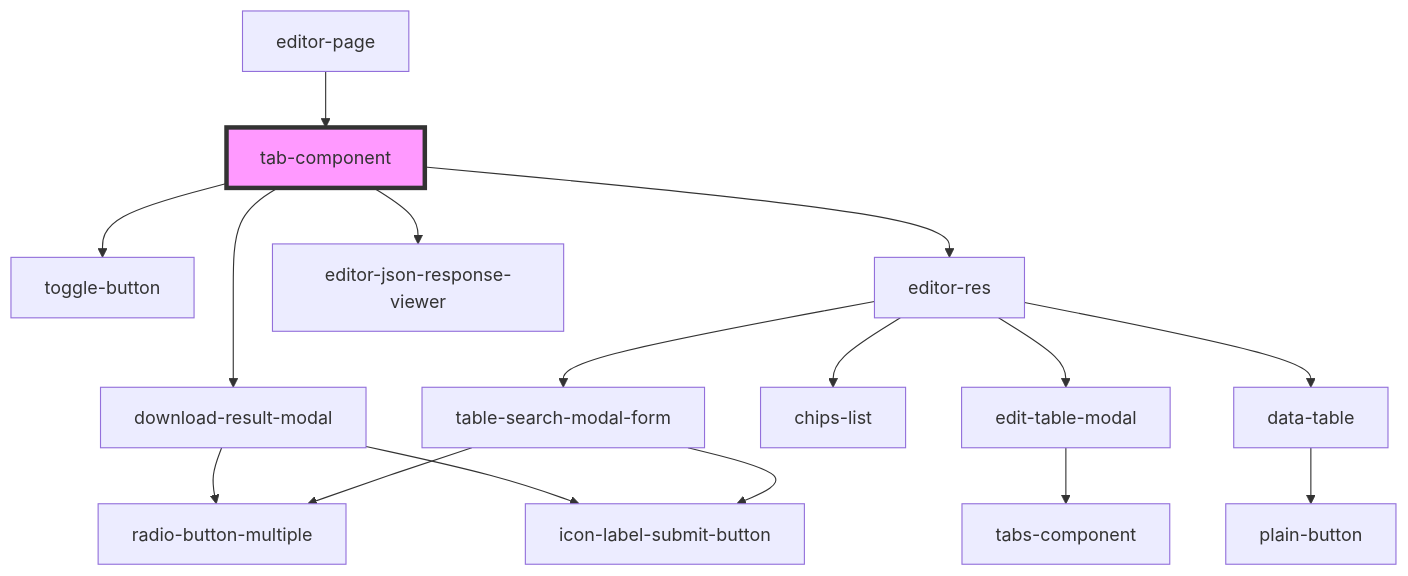
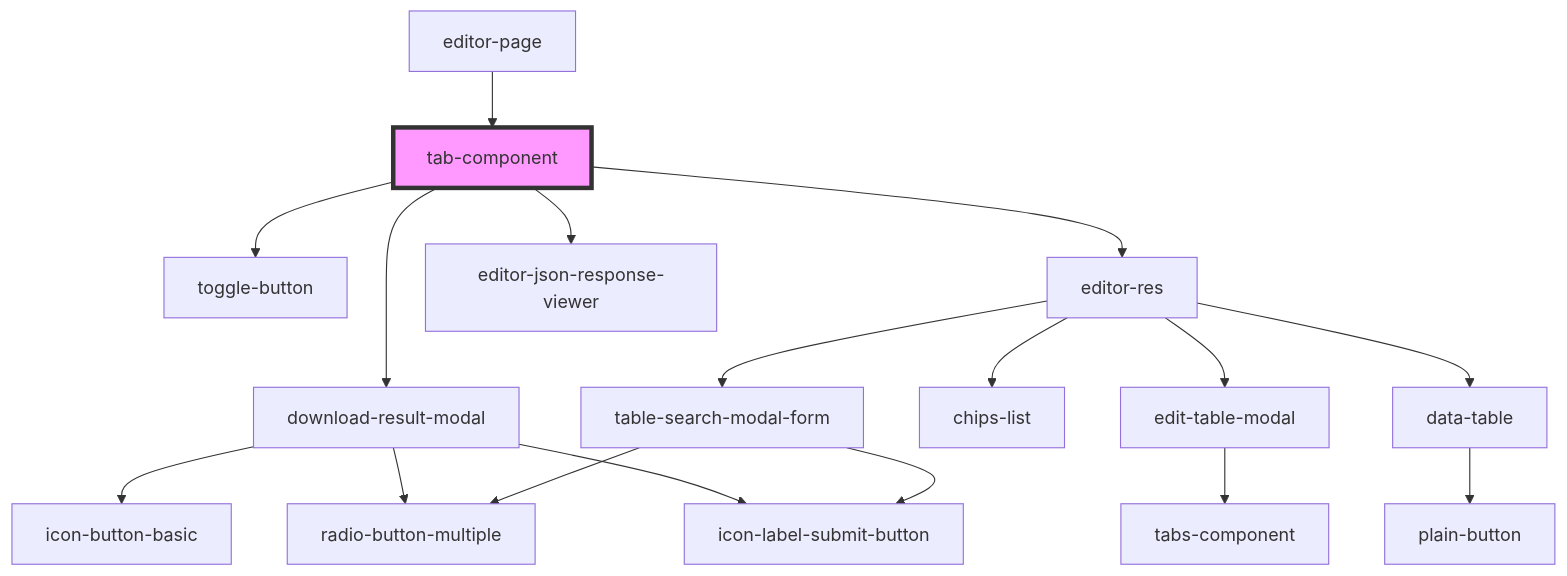
One commit to techvariable/NeptuneConnectComponents changed the diagram in src/components/editorPage/tab-component/readme.md. Above: the diagram before and after it, drawn with Mermaid. The commit also changed 22 other files, not shown here.

````diff
--- a/src/components/editorPage/tab-component/readme.md
+++ b/src/components/editorPage/tab-component/readme.md
@@ -22,19 +22,20 @@
 ```mermaid
 graph TD;
   tab-component --> toggle-button
   tab-component --> download-result-modal
   tab-component --> editor-res
   tab-component --> editor-json-response-viewer
+  download-result-modal --> icon-button-basic
   download-result-modal --> radio-button-multiple
   download-result-modal --> icon-label-submit-button
   editor-res --> edit-table-modal
   editor-res --> chips-list
   editor-res --> table-search-modal-form
   editor-res --> data-table
   edit-table-modal --> tabs-component
   table-search-modal-form --> radio-button-multiple
   table-search-modal-form --> icon-label-submit-button
   data-table --> plain-button
   editor-page --> tab-component
   style tab-component fill:#f9f,stroke:#333,stroke-width:4px
 ```
````
